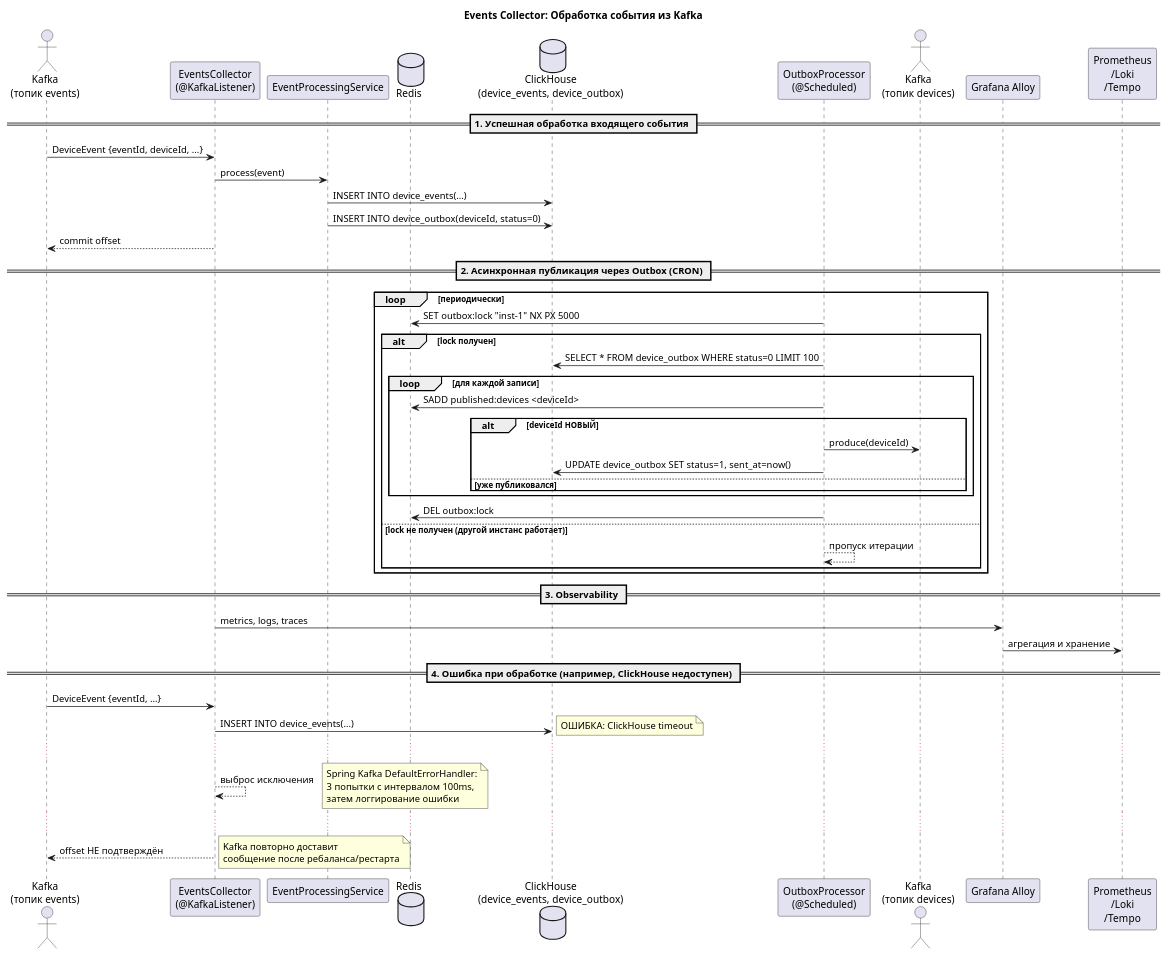
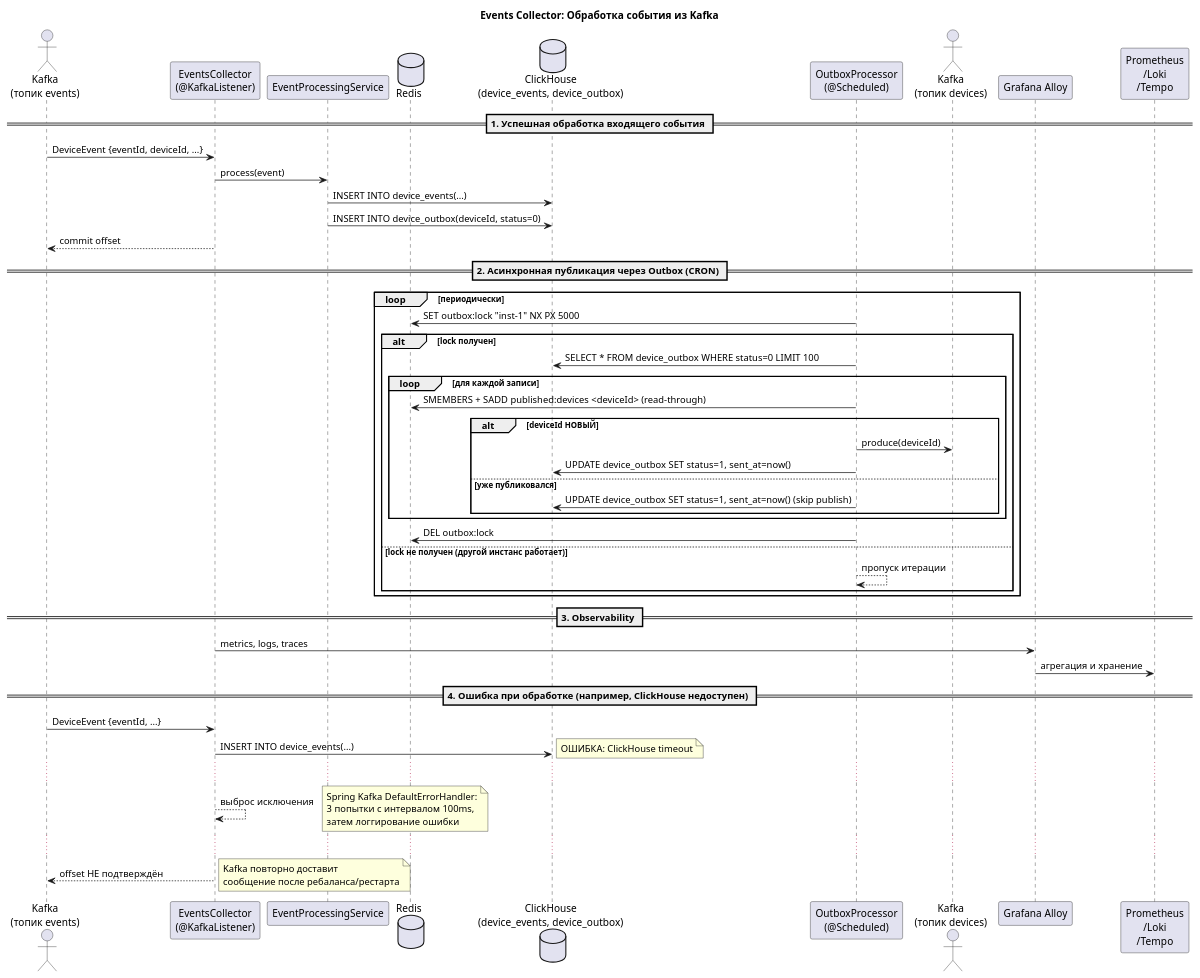
One commit to QuitEnough/highlyLoadedDistributedSystems changed the diagram in diagrams/events-collector-service/sequence.puml. Above: the diagram before and after it, drawn with PlantUML. The commit also changed 5 other files, not shown here.

```diff
--- a/diagrams/events-collector-service/sequence.puml
+++ b/diagrams/events-collector-service/sequence.puml
@@ -1,53 +1,53 @@
 @startuml
 title Events Collector: Обработка события из Kafka
 
 actor "Kafka\n(топик events)" as KafkaIn
 participant "EventsCollector\n(@KafkaListener)" as EC
 participant "EventProcessingService" as EPS
 database "Redis" as R
 database "ClickHouse\n(device_events, device_outbox)" as CH
 participant "OutboxProcessor\n(@Scheduled)" as OP
 actor "Kafka\n(топик devices)" as KafkaOut
 
 == 1. Успешная обработка входящего события ==
 KafkaIn -> EC : DeviceEvent {eventId, deviceId, ...}
 EC -> EPS : process(event)
 EPS -> CH : INSERT INTO device_events(...)
 EPS -> CH : INSERT INTO device_outbox(deviceId, status=0)
 EC --> KafkaIn : commit offset
 
 == 2. Асинхронная публикация через Outbox (CRON) ==
 loop периодически
     OP -> R : SET outbox:lock "inst-1" NX PX 5000
     alt lock получен
         OP -> CH : SELECT * FROM device_outbox WHERE status=0 LIMIT 100
         loop для каждой записи
-            OP -> R : SADD published:devices <deviceId>
+            OP -> R : SMEMBERS + SADD published:devices <deviceId> (read-through)
             alt deviceId НОВЫЙ
                 OP -> KafkaOut : produce(deviceId)
                 OP -> CH : UPDATE device_outbox SET status=1, sent_at=now()
             else уже публиковался
-                note right: Пропускаем
+                OP -> CH : UPDATE device_outbox SET status=1, sent_at=now() (skip publish)
             end
         end
         OP -> R : DEL outbox:lock
     else lock не получен (другой инстанс работает)
         OP --> OP : пропуск итерации
     end
 end
 
 == 3. Observability ==
 EC -> "Grafana Alloy" : metrics, logs, traces
 "Grafana Alloy" -> "Prometheus\n/Loki\n/Tempo" : агрегация и хранение
 
 == 4. Ошибка при обработке (например, ClickHouse недоступен) ==
 KafkaIn -> EC : DeviceEvent {eventId, ...}
 EC -> CH : INSERT INTO device_events(...)
 note right: ОШИБКА: ClickHouse timeout
 ...
 EC --> EC : выброс исключения
 note right: Spring Kafka DefaultErrorHandler:\n3 попытки с интервалом 100ms,\nзатем логгирование ошибки
 ...
 EC --> KafkaIn : offset НЕ подтверждён
 note right: Kafka повторно доставит\nсообщение после ребаланса/рестарта
 @enduml
```
